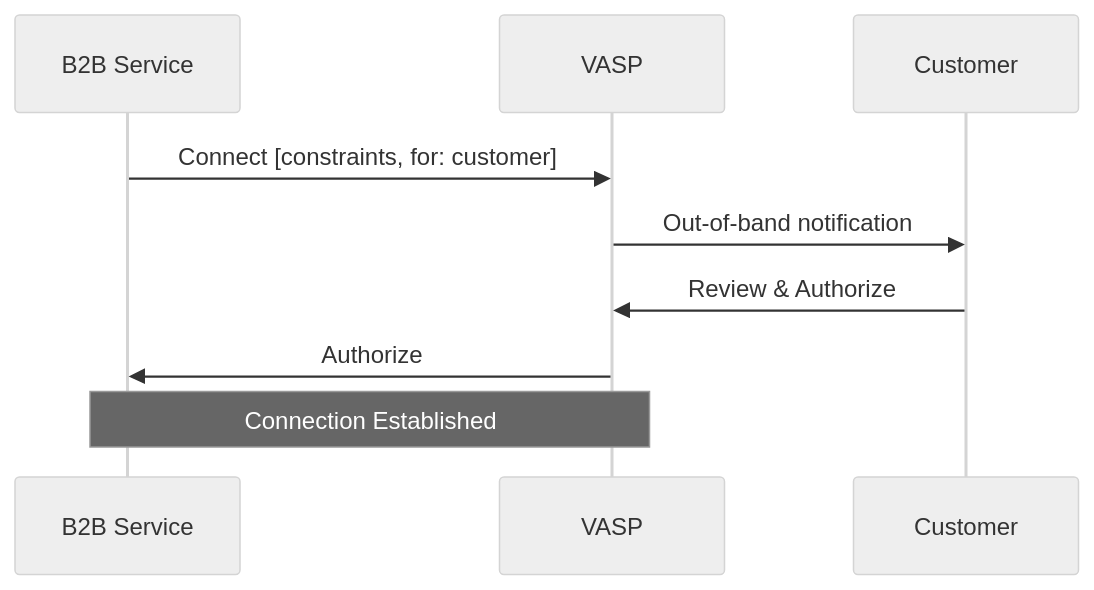
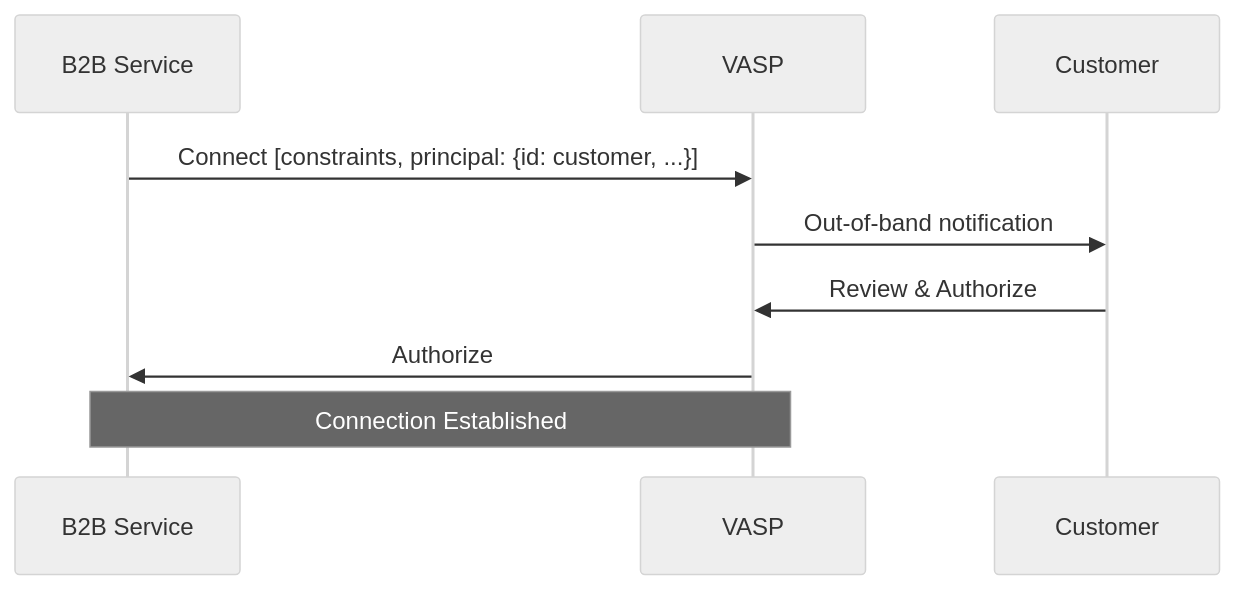
The first of 4 diagrams in TAIPs/taip-15.md (TransactionAuthorizationProtocol/TAIPs), drawn with Mermaid (neutral theme) before and after one commit. The commit also changed other lines of this file and 4 other files, not shown here.

````diff
--- a/TAIPs/taip-15.md
+++ b/TAIPs/taip-15.md
@@ -190,12 +192,12 @@
 ```mermaid
 sequenceDiagram
     participant B2B as B2B Service
     participant VASP
     participant Customer
 
-    B2B->>VASP: Connect [constraints, for: customer]
+    B2B->>VASP: Connect [constraints, principal: {id: customer, ...}]
     VASP->>Customer: Out-of-band notification
     Customer->>VASP: Review & Authorize
     VASP->>B2B: Authorize
     Note over B2B,VASP: Connection Established
 ```
````
